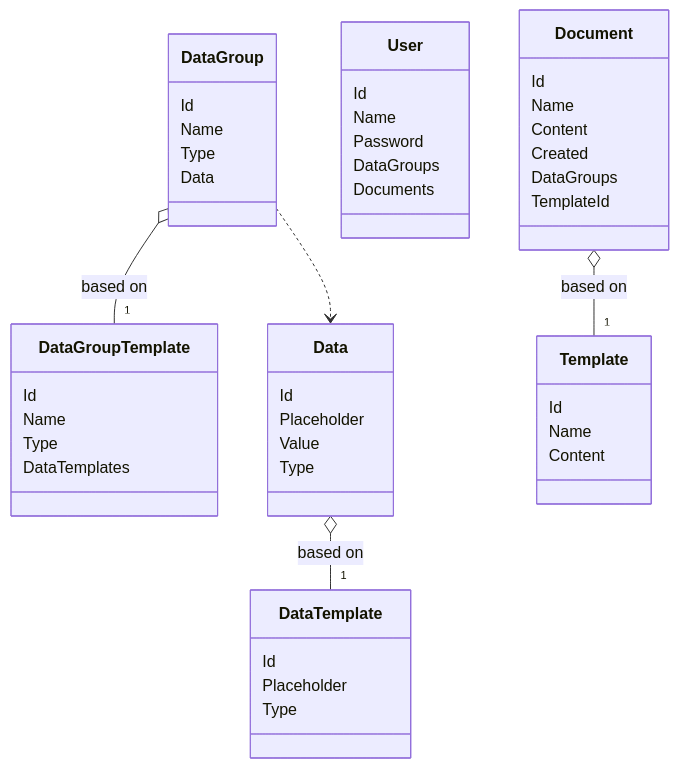
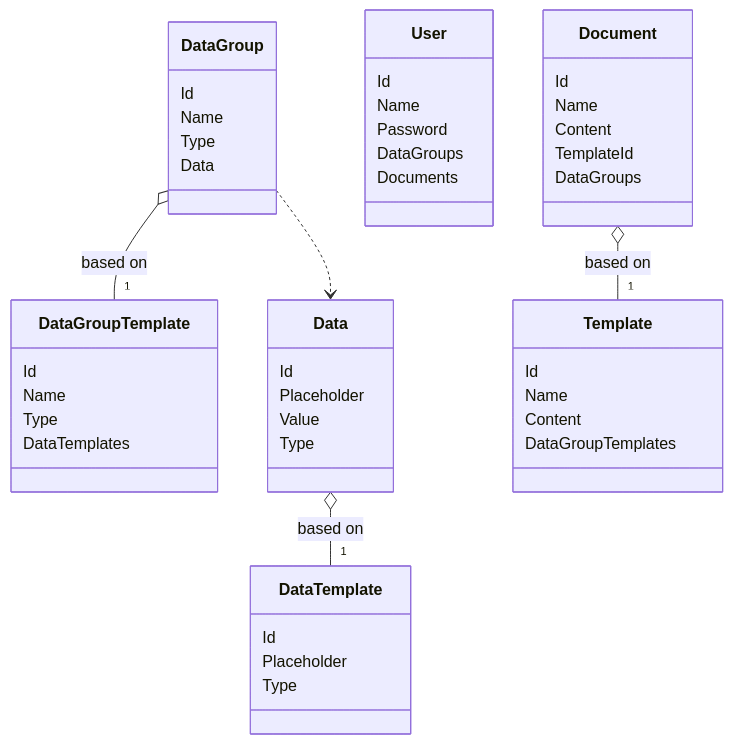
Before and after one commit to carpenterx/Electroform-Lite: the diagram in README.md, drawn with Mermaid. The commit also changed other lines of this file, not shown here.

````diff
--- a/README.md
+++ b/README.md
@@ -3,51 +3,51 @@
 ```mermaid
 classDiagram
 class DataGroup{
 Id
 Name
 Type
 Data
 }
 class DataGroupTemplate{
 Id
 Name
 Type
 DataTemplates
 }
 class User{
 Id
 Name
 Password
 DataGroups
 Documents
 }
 class Document{
 Id
 Name
 Content
-Created
+TemplateId
 DataGroups
-TemplateId
 }
 class Data{
 Id
 Placeholder
 Value
 Type
 }
 class Template{
 Id
 Name
 Content
+DataGroupTemplates
 }
 class DataTemplate{
 Id
 Placeholder
 Type
 }
 
 DataGroup o-- "1" DataGroupTemplate : based on
 Document o-- "1" Template : based on
 Data o-- "1" DataTemplate : based on
 DataGroup ..> Data
 ```
````
